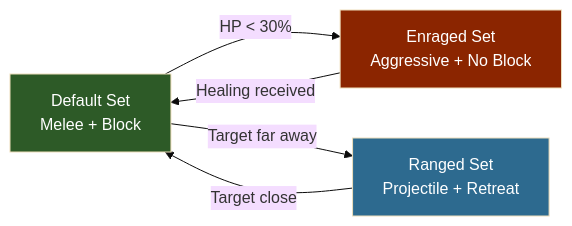
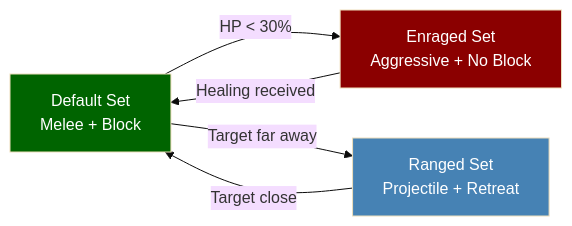
Before and after one commit to nevesb/hytale-modding-docs: the second of 2 diagrams in src/content/docs/es/reference/npc-system/npc-combat-balancing.md, drawn with Mermaid (base theme). The commit also changed other lines of this file and 34 other files, not shown here.

````diff
--- a/src/content/docs/es/reference/npc-system/npc-combat-balancing.md
+++ b/src/content/docs/es/reference/npc-system/npc-combat-balancing.md
@@ -44,11 +44,11 @@
 ```mermaid
-flowchart LR
-    A["Default Set<br/>Melee + Block"] -->|"HP < 30%"| B["Enraged Set<br/>Aggressive + No Block"]
-    A -->|"Target far away"| C["Ranged Set<br/>Projectile + Retreat"]
+flowchart LR;
+    A["Default Set<br>Melee + Block"] -->|"HP < 30%"| B["Enraged Set<br>Aggressive + No Block"]
+    A -->|"Target far away"| C["Ranged Set<br>Projectile + Retreat"]
     C -->|"Target close"| A
     B -->|"Healing received"| A
 
-    style A fill:#2d5a27,color:#fff
-    style B fill:#8b2500,color:#fff
-    style C fill:#2d6a8f,color:#fff
+    style A fill:darkgreen,color:white
+    style B fill:darkred,color:white
+    style C fill:steelblue,color:white
 ```
````
